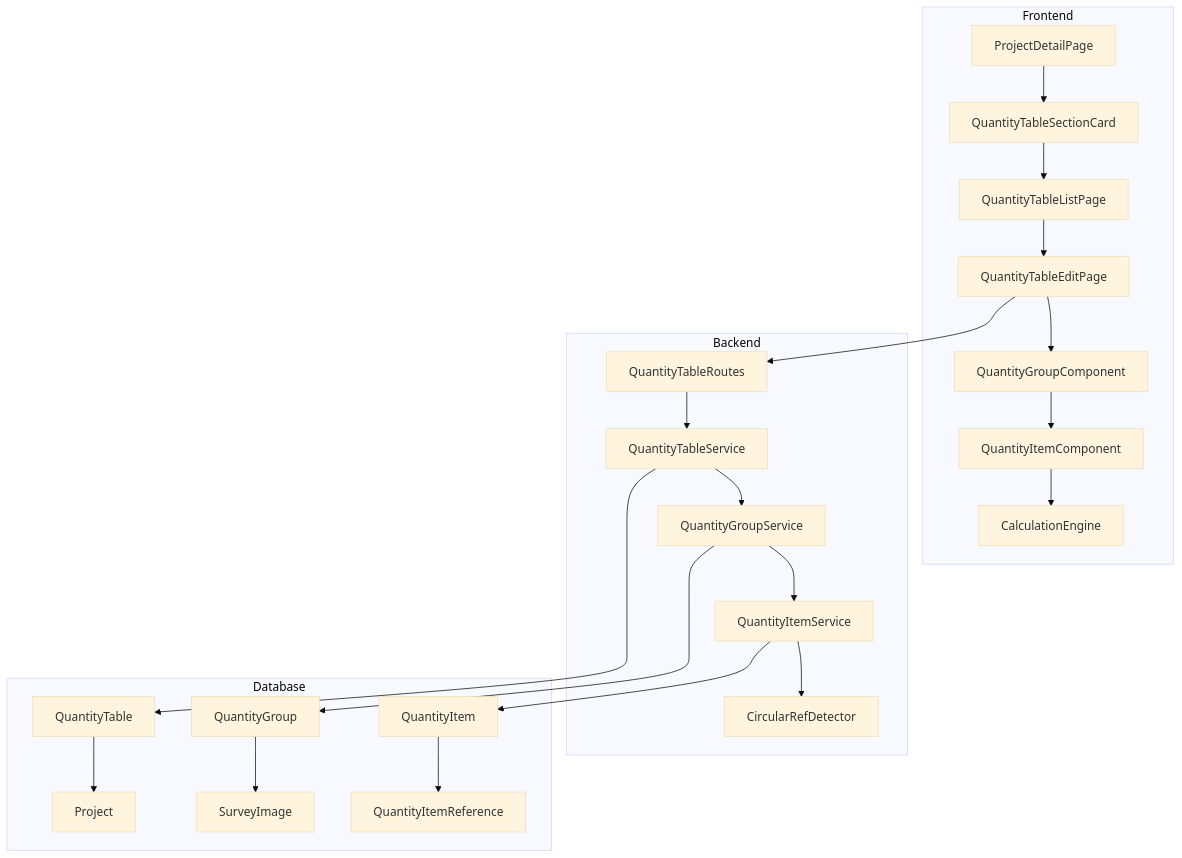
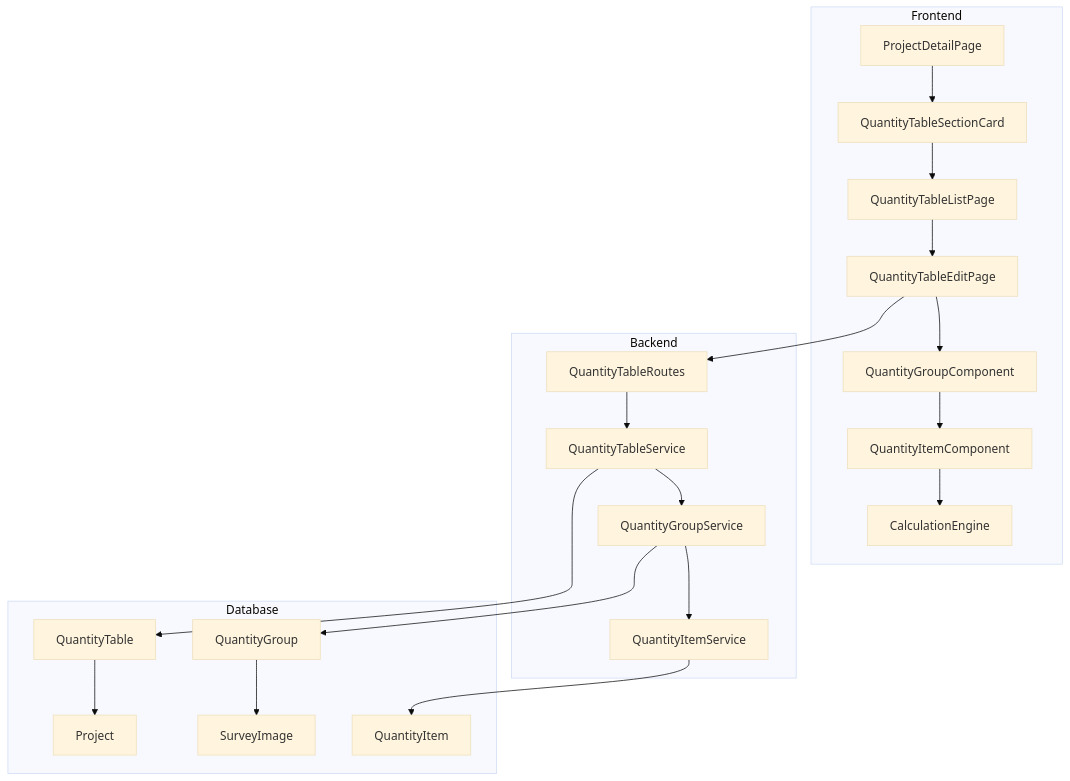
The first of 3 diagrams in .kiro/specs/quantity-table-generation/design.md (inakanou/ArchiTrack), drawn with Mermaid (base theme) before and after one commit. The commit also changed other lines of this file and 1 other file, not shown here.

First line of the commit message:
docs: remove reference sum calculation requirement

````diff
--- a/.kiro/specs/quantity-table-generation/design.md
+++ b/.kiro/specs/quantity-table-generation/design.md
@@ -39,49 +39,45 @@
 ```mermaid
 graph TB
     subgraph Frontend
         PDP[ProjectDetailPage]
         QTL[QuantityTableListPage]
         QTE[QuantityTableEditPage]
         QTS[QuantityTableSectionCard]
         QGC[QuantityGroupComponent]
         QIC[QuantityItemComponent]
         CE[CalculationEngine]
     end
 
     subgraph Backend
         QTR[QuantityTableRoutes]
         QTSV[QuantityTableService]
         QGSV[QuantityGroupService]
         QISV[QuantityItemService]
-        CRD[CircularRefDetector]
     end
 
     subgraph Database
         PJ[Project]
         QT[QuantityTable]
         QG[QuantityGroup]
         QI[QuantityItem]
-        QIR[QuantityItemReference]
         SI[SurveyImage]
     end
 
     PDP --> QTS
     QTS --> QTL
     QTL --> QTE
     QTE --> QGC
     QGC --> QIC
     QIC --> CE
 
     QTE --> QTR
     QTR --> QTSV
     QTSV --> QGSV
     QGSV --> QISV
-    QISV --> CRD
 
     QTSV --> QT
     QGSV --> QG
     QISV --> QI
-    QI --> QIR
     QG --> SI
     QT --> PJ
 ```
````
